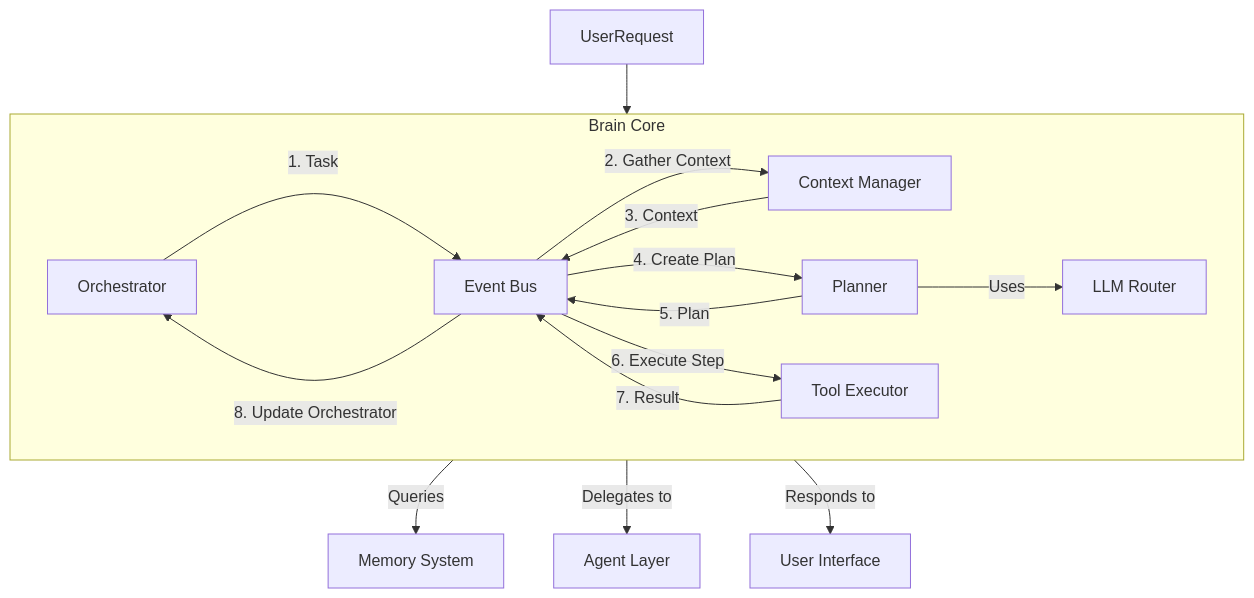
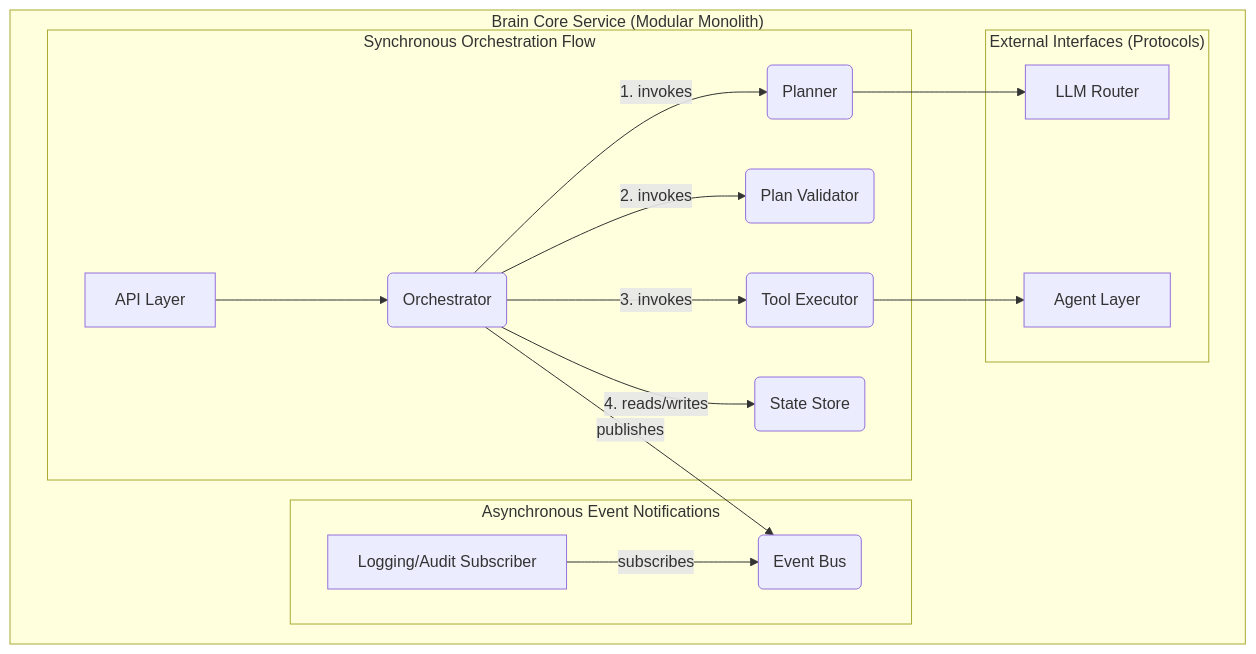
Before and after one commit to AnagandlaVik/friday-os: the diagram in docs/BrainCore.md, drawn with Mermaid. The commit also changed other lines of this file and 2 other files, not shown here.

Commit message:
docs: finalize Brain Core architecture

````diff
--- a/docs/BrainCore.md
+++ b/docs/BrainCore.md
@@ -21,27 +21,24 @@
 ```mermaid
 graph TD
-    subgraph "Brain Core"
+    subgraph "Brain Core Service (Modular Monolith)"
         direction LR
-        A[Orchestrator]
-        B[Planner]
-        C[Context Manager]
-        D[LLM Router]
-        E[Tool Executor]
-        F[Event Bus]
+        
+        subgraph "Synchronous Orchestration Flow"
+            A[API Layer] --> O(Orchestrator)
+            O -->|1. invokes| P(Planner)
+            O -->|2. invokes| V(Plan Validator)
+            O -->|3. invokes| E(Tool Executor)
+            O -->|4. reads/writes| S(State Store)
+        end
 
-        A -- 1. Task --> F
-        F -- 2. Gather Context --> C
-        C -- 3. Context --> F
-        F -- 4. Create Plan --> B
-        B -- 5. Plan --> F
-        F -- 6. Execute Step --> E
-        E -- 7. Result --> F
-        F -- 8. Update Orchestrator --> A
+        subgraph "Asynchronous Event Notifications"
+            O -- publishes --> F(Event Bus)
+            L[Logging/Audit Subscriber] -- subscribes --> F
+        end
+
+        subgraph "External Interfaces (Protocols)"
+            P --> D[LLM Router]
+            E --> AL[Agent Layer]
+        end
     end
-
-    UserRequest --> A
-    C -- Queries --> MemorySystem[Memory System]
-    B -- Uses --> D
-    E -- Delegates to --> AgentLayer[Agent Layer]
-    A -- Responds to --> UserInterface[User Interface]
 ```
````
